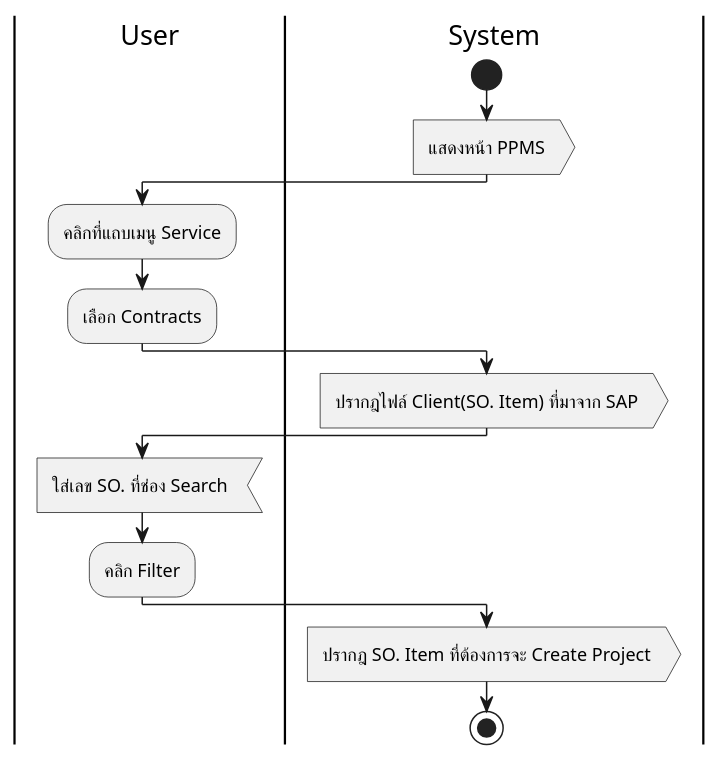
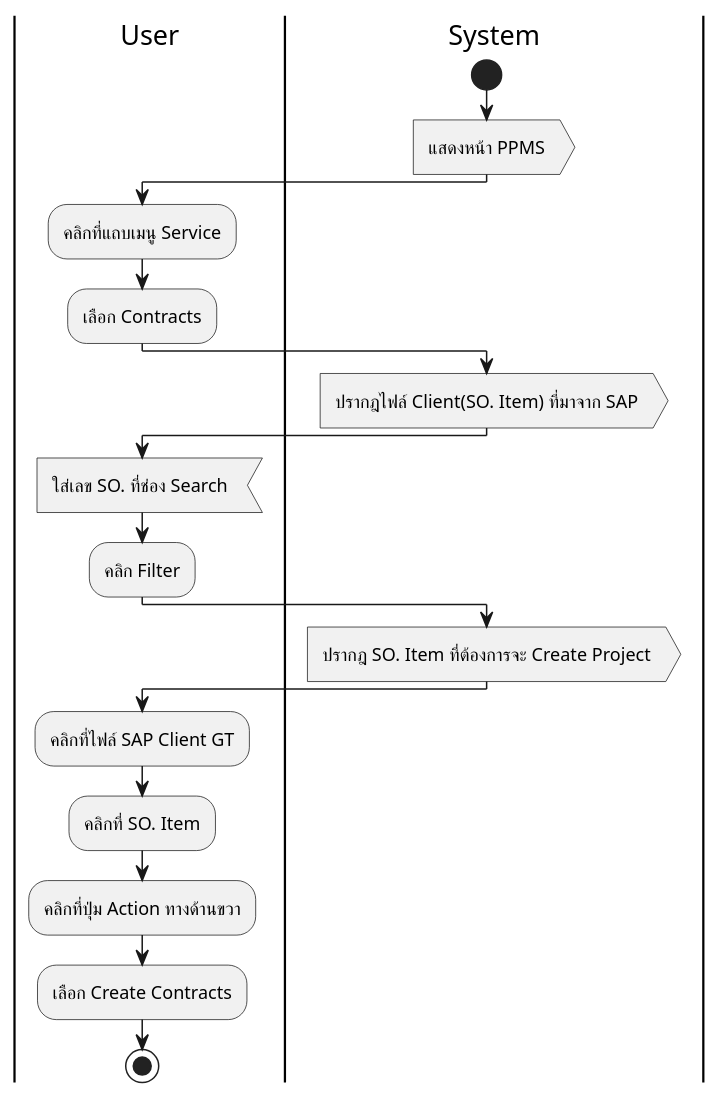
Before and after one commit to Meenkonlapat/RPA-Project: the diagram in User Activity/Process 3 Categorizing/u4-Create Project.wsd, drawn with PlantUML.

Commit message:
Update Activity

```diff
--- a/User Activity/Process 3 Categorizing/u4-Create Project.wsd
+++ b/User Activity/Process 3 Categorizing/u4-Create Project.wsd
@@ -1,17 +1,22 @@
 @startuml
 |User|
 |System|
 start
 :แสดงหน้า PPMS>
 |User|
 :คลิกที่แถบเมนู Service;
 :เลือก Contracts;
 |System|
 :ปรากฎไฟล์ Client(SO. Item) ที่มาจาก SAP>
 |User|
 :ใส่เลข SO. ที่ช่อง Search <
 :คลิก Filter;
 |System|
 :ปรากฎ SO. Item ที่ต้องการจะ Create Project>
+|User|
+:คลิกที่ไฟล์ SAP Client GT;
+:คลิกที่ SO. Item;
+:คลิกที่ปุ่ม Action ทางด้านขวา;
+:เลือก Create Contracts;
 stop
 @enduml
```
